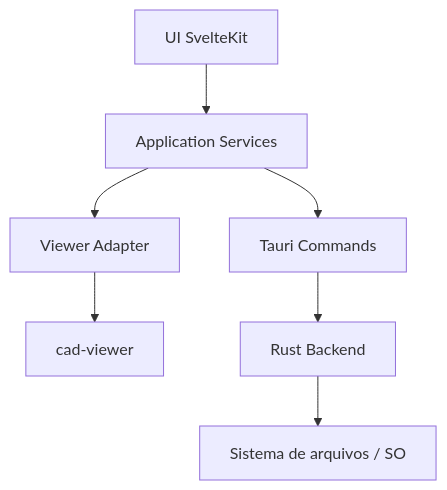
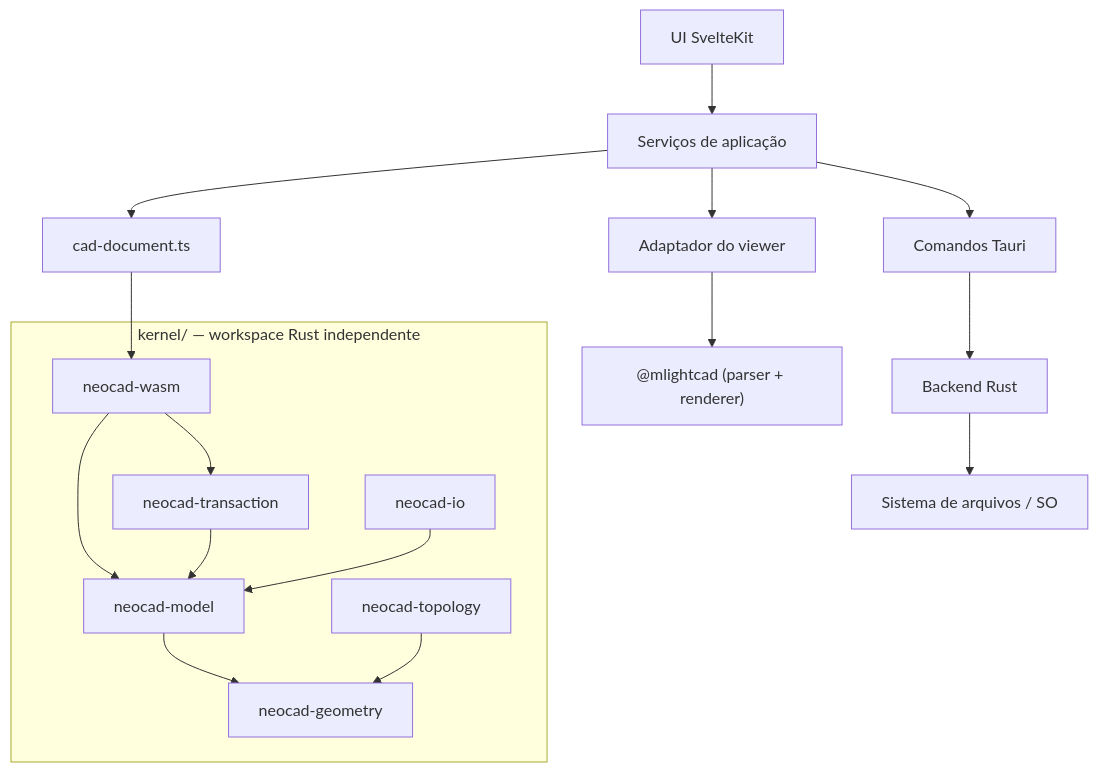
Before and after one commit to psiagoleal/neocad: the first of 2 diagrams in docs/architecture.md, drawn with Mermaid. The commit also changed other lines of this file and 8 other files, not shown here.

````diff
--- a/docs/architecture.md
+++ b/docs/architecture.md
@@ -59,9 +84,22 @@
 ```mermaid
 graph TD
-  A[UI SvelteKit] --> B[Application Services]
-  B --> C[Viewer Adapter]
-  C --> D[cad-viewer]
-  B --> E[Tauri Commands]
-  E --> F[Rust Backend]
-  F --> G[Sistema de arquivos / SO]
+  UI[UI SvelteKit] --> SVC[Serviços de aplicação]
+  SVC --> ADP[Adaptador do viewer]
+  SVC --> KDOC[cad-document.ts]
+
+  ADP --> UP["@mlightcad (parser + renderer)"]
+  KDOC --> WASM[neocad-wasm]
+
+  subgraph KERNEL["kernel/ — workspace Rust independente"]
+    WASM --> MODEL[neocad-model]
+    WASM --> TX[neocad-transaction]
+    TX --> MODEL
+    MODEL --> GEO[neocad-geometry]
+    TOPO[neocad-topology] --> GEO
+    IO[neocad-io] --> MODEL
+  end
+
+  SVC --> TAURI[Comandos Tauri]
+  TAURI --> RUST[Backend Rust]
+  RUST --> FS[Sistema de arquivos / SO]
 ```
````
